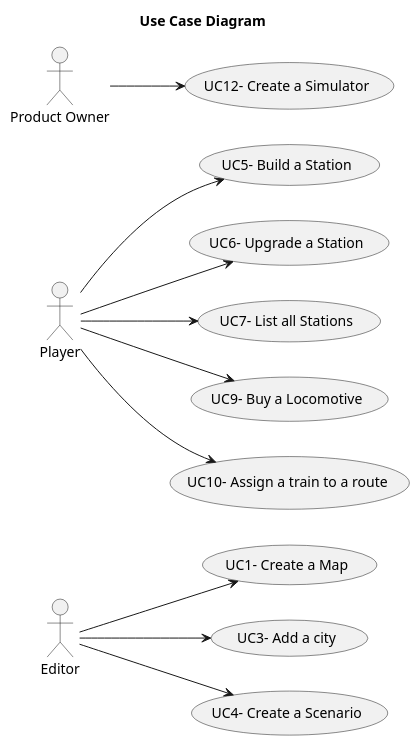
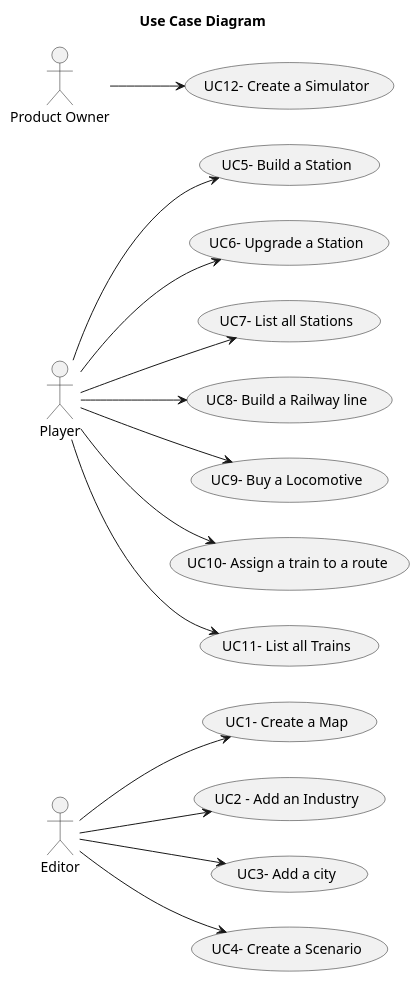
One commit to Educ00/mdisc-2425 changed the diagram in docs/system-documentation/global-artifacts/01.requirements-engineering/puml/UCD.puml. Above: the diagram before and after it, drawn with PlantUML. The commit also changed 9 other files, not shown here.

```diff
--- a/docs/system-documentation/global-artifacts/01.requirements-engineering/puml/UCD.puml
+++ b/docs/system-documentation/global-artifacts/01.requirements-engineering/puml/UCD.puml
@@ -1,40 +1,46 @@
 @startuml
 
 skinparam monochrome true
 skinparam packageStyle rectangle
 skinparam shadowing false
 
 title Use Case Diagram
 
 left to right direction
 
 
 actor "Editor" as E
 actor "Player" as P
 actor "Product Owner" as PO
 
 
     usecase "UC1- Create a Map" as UC1
+    usecase "UC2 - Add an Industry" as UC2
     usecase "UC3- Add a city" as UC3
     usecase "UC4- Create a Scenario" as UC4
     usecase "UC5- Build a Station" as UC5
     usecase "UC6- Upgrade a Station" as UC6
     usecase "UC7- List all Stations" as UC7
+    usecase "UC8- Build a Railway line" as UC8
     usecase "UC9- Buy a Locomotive" as UC9
     usecase "UC10- Assign a train to a route" as UC10
+    usecase "UC11- List all Trains" as UC11
     usecase "UC12- Create a Simulator" as UC12
 
 E --> UC1
+E --> UC2
 E --> UC3
 E --> UC4
 
 P --> UC5
 P --> UC6
 P --> UC7
+P --> UC8
 P --> UC9
 P --> UC10
+P --> UC11
 
 PO --> UC12
 
 
 @enduml
```
